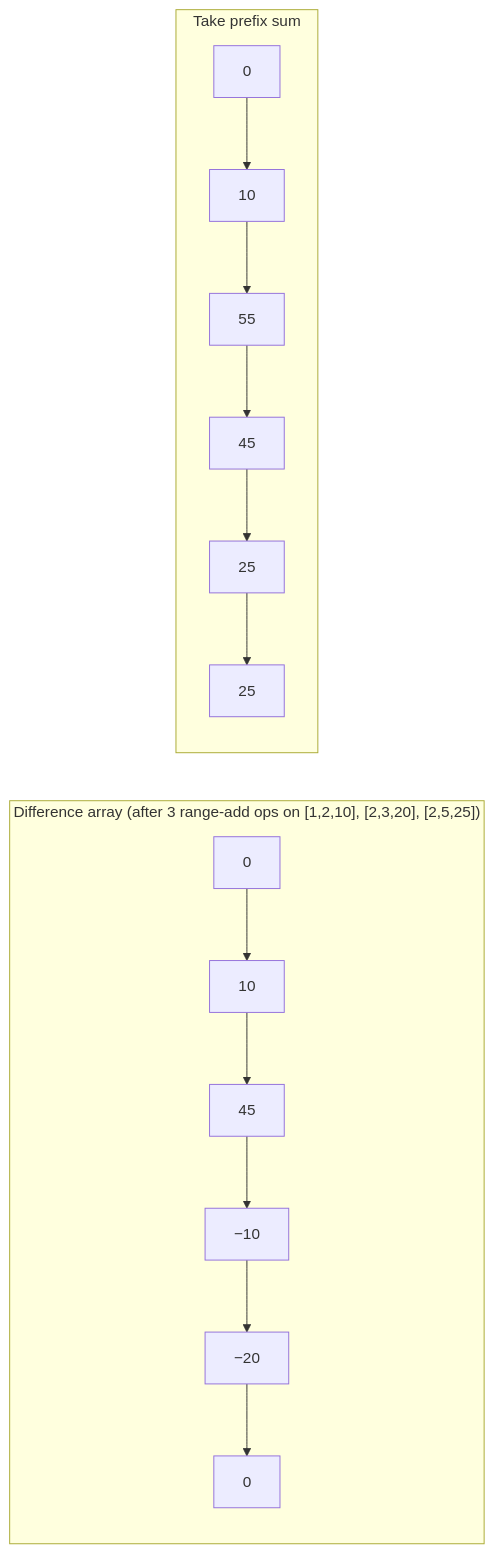
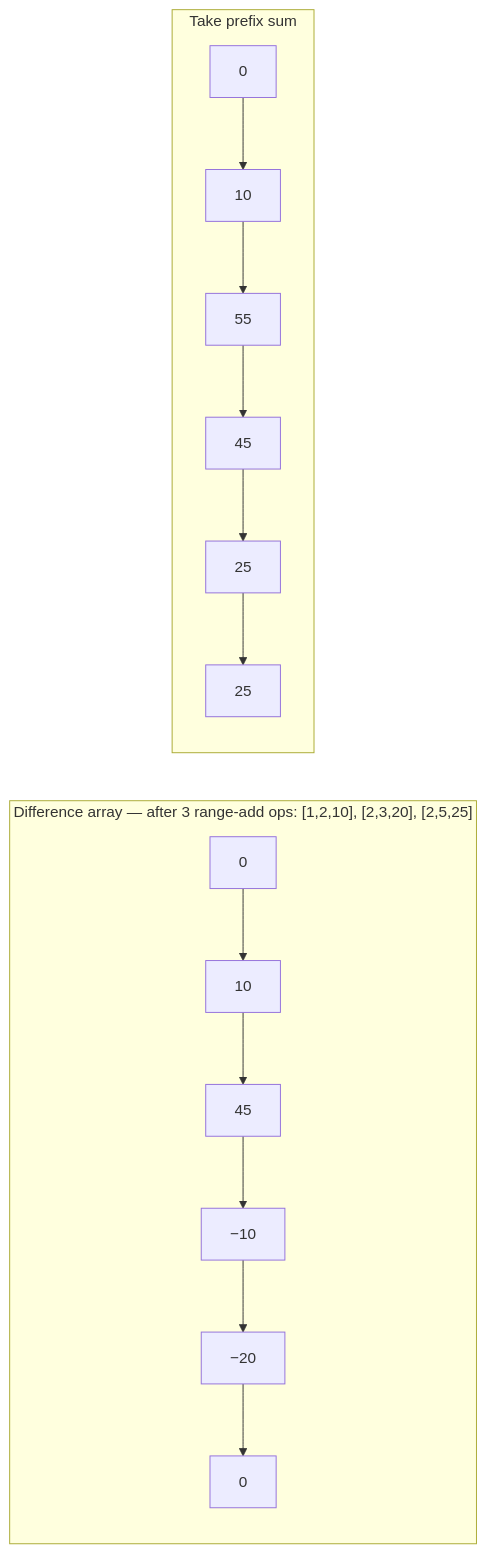
The second of 2 diagrams in content/docs/dsa/patterns/arrays-strings/prefix-sum.mdx (AdityaNarayan29/masstDocs), drawn with Mermaid before and after one commit. The commit also changed 805 other files, not shown here.

First line of the commit message:
fix(mermaid): quote risky labels for Mermaid 11.x strict parser

````diff
--- a/content/docs/dsa/patterns/arrays-strings/prefix-sum.mdx
+++ b/content/docs/dsa/patterns/arrays-strings/prefix-sum.mdx
@@ -114,9 +114,9 @@
 ```mermaid
 flowchart LR
-    subgraph diff ["Difference array (after 3 range-add ops on [1,2,10], [2,3,20], [2,5,25])"]
+    subgraph diff ["Difference array — after 3 range-add ops: #91;1,2,10#93;, #91;2,3,20#93;, #91;2,5,25#93;"]
       D0[0] --> D1[10] --> D2[45] --> D3[−10] --> D4[−20] --> D5[0]
     end
     subgraph Prefix ["Take prefix sum"]
       PA[0] --> PB[10] --> PC[55] --> PD[45] --> PE[25] --> PF[25]
     end
 ```
````
